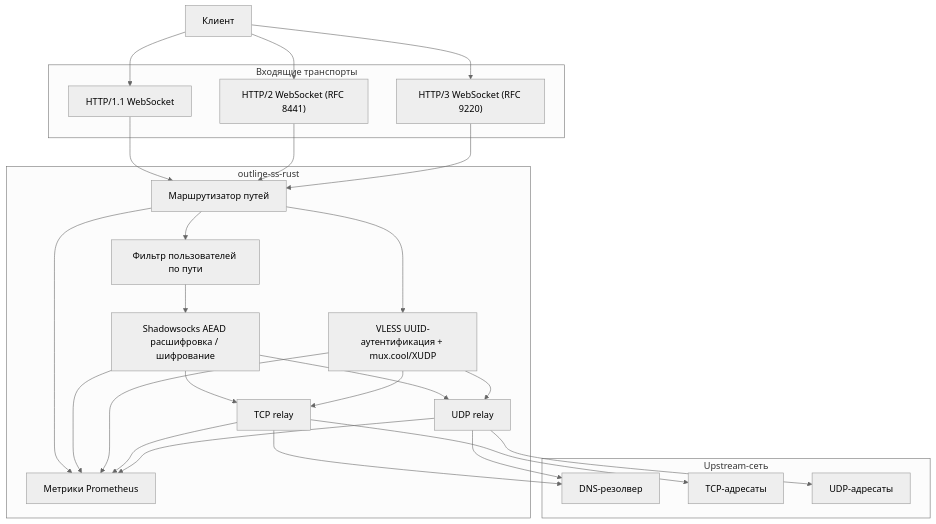
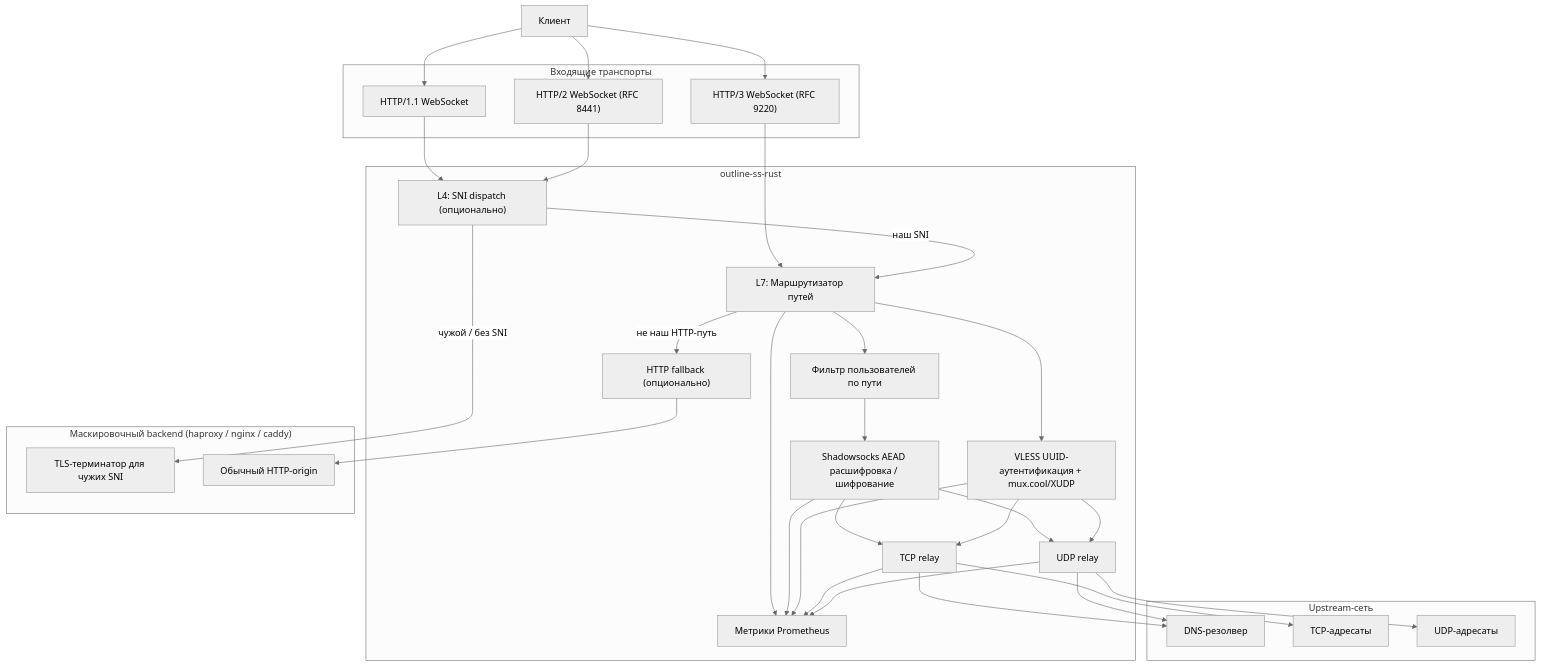
The first of 4 diagrams in ss/docs/ARCHITECTURE.ru.md (balookrd/outline-proxy), drawn with Mermaid (neutral theme) before and after one commit. The commit also changed other lines of this file and 1 other file, not shown here.

First line of the commit message:
docs(architecture): document L4 SNI + L7 HTTP fallback dispatch

````diff
--- a/ss/docs/ARCHITECTURE.ru.md
+++ b/ss/docs/ARCHITECTURE.ru.md
@@ -9,53 +9,64 @@
 ```mermaid
 flowchart TD
     CLIENT["Клиент"]
 
     subgraph FRONTEND["Входящие транспорты"]
         H1["HTTP/1.1 WebSocket"]
         H2["HTTP/2 WebSocket (RFC 8441)"]
         H3["HTTP/3 WebSocket (RFC 9220)"]
     end
 
     subgraph CORE["outline-ss-rust"]
-        ROUTER["Маршрутизатор путей"]
+        SNID["L4: SNI dispatch (опционально)"]
+        ROUTER["L7: Маршрутизатор путей"]
         FILTER["Фильтр пользователей по пути"]
         CRYPTO["Shadowsocks AEAD расшифровка / шифрование"]
         VLESS["VLESS UUID-аутентификация + mux.cool/XUDP"]
         TCPR["TCP relay"]
         UDPR["UDP relay"]
+        HTTPF["HTTP fallback (опционально)"]
         METRICS["Метрики Prometheus"]
+    end
+
+    subgraph BACKEND["Маскировочный backend (haproxy / nginx / caddy)"]
+        BSNI["TLS-терминатор для чужих SNI"]
+        BWEB["Обычный HTTP-origin"]
     end
 
     subgraph UPSTREAM["Upstream-сеть"]
         DNS["DNS-резолвер"]
         TCPU["TCP-адресаты"]
         UDPU["UDP-адресаты"]
     end
 
     CLIENT --> H1
     CLIENT --> H2
     CLIENT --> H3
 
-    H1 --> ROUTER
-    H2 --> ROUTER
+    H1 --> SNID
+    H2 --> SNID
     H3 --> ROUTER
+    SNID -- "наш SNI" --> ROUTER
+    SNID -- "чужой / без SNI" --> BSNI
 
     ROUTER --> FILTER
     FILTER --> CRYPTO
     ROUTER --> VLESS
+    ROUTER -- "не наш HTTP-путь" --> HTTPF
+    HTTPF --> BWEB
     CRYPTO --> TCPR
     CRYPTO --> UDPR
     VLESS --> TCPR
     VLESS --> UDPR
 
     TCPR --> DNS
     TCPR --> TCPU
     UDPR --> DNS
     UDPR --> UDPU
 
     ROUTER --> METRICS
     CRYPTO --> METRICS
     VLESS --> METRICS
     TCPR --> METRICS
     UDPR --> METRICS
 ```
````
